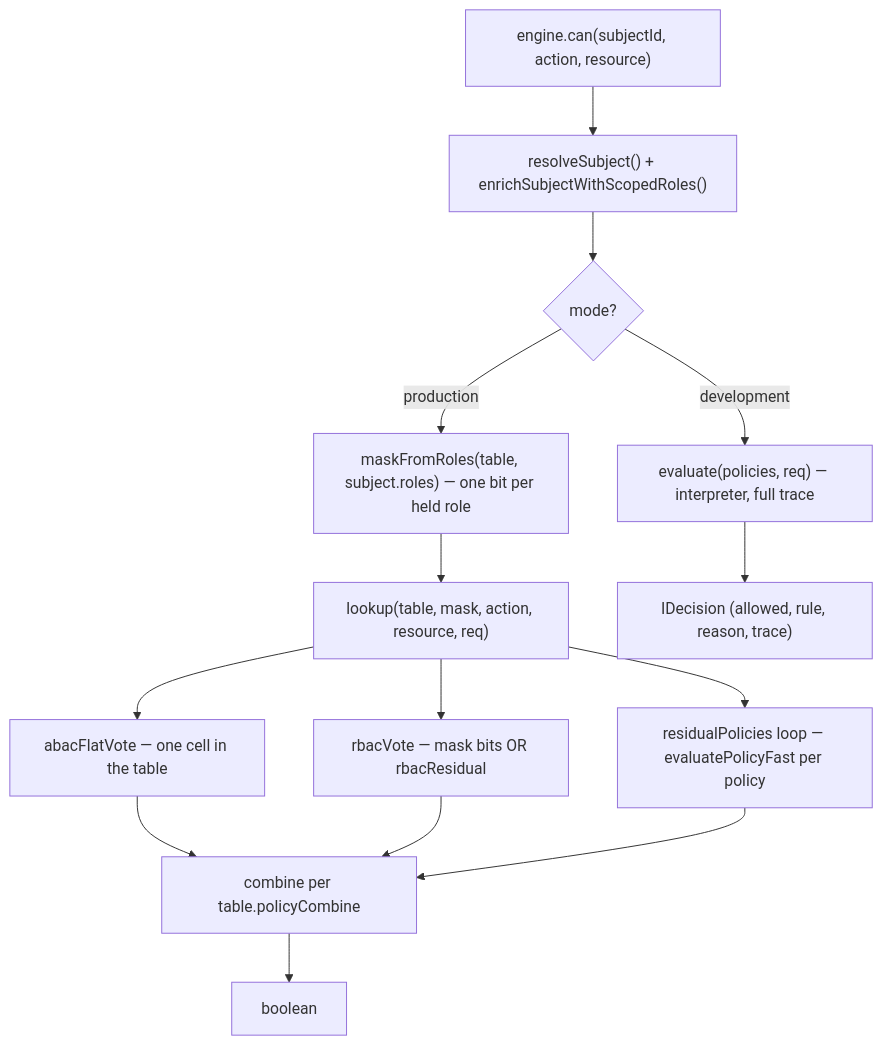
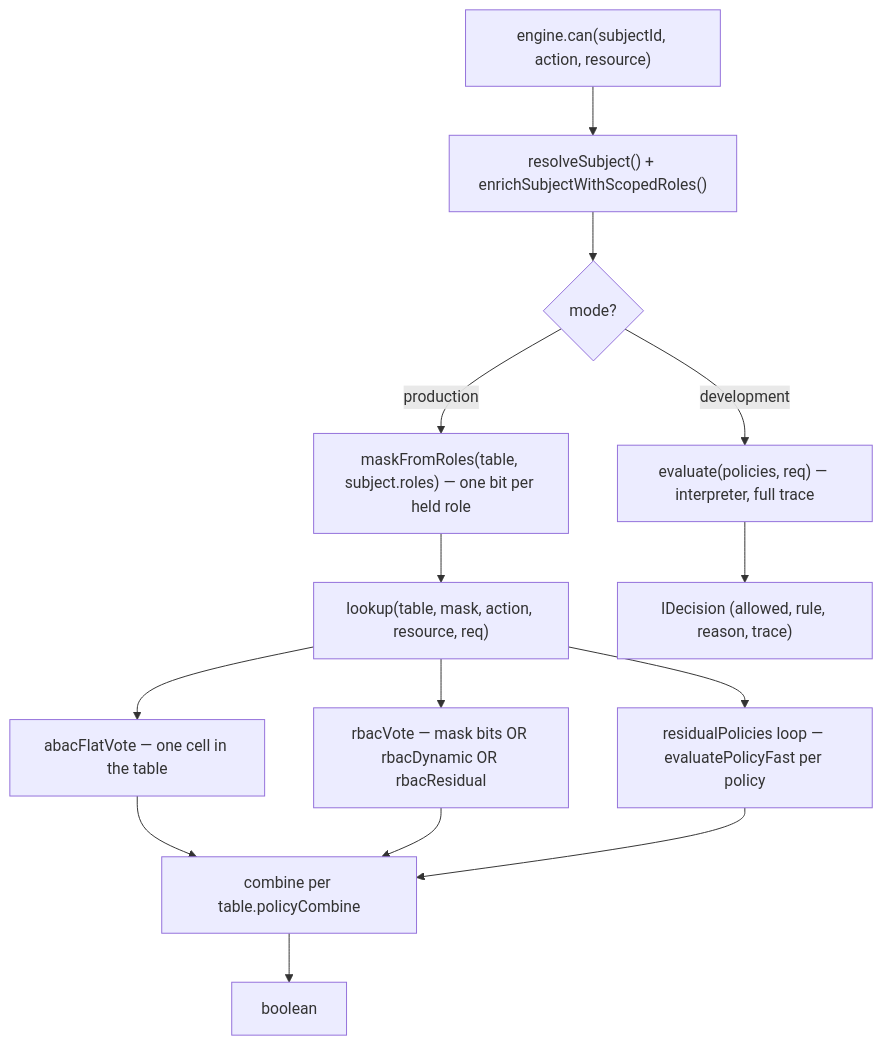
Before and after one commit to gentleeduck/duck-iam: the first of 6 diagrams in packages/duck-iam/docs/compiled-engine-explained.md, drawn with Mermaid. The commit also changed other lines of this file and 8 other files, not shown here.

First line of the commit message:
feat(iam): fast-path scoped/conditioned RBAC permissions (rbacDynamic)

````diff
--- a/packages/duck-iam/docs/compiled-engine-explained.md
+++ b/packages/duck-iam/docs/compiled-engine-explained.md
@@ -17,16 +17,16 @@
 ```mermaid
 flowchart TD
     A["engine.can(subjectId, action, resource)"] --> B["resolveSubject() + enrichSubjectWithScopedRoles()"]
     B --> C{"mode?"}
     C -->|development| D["evaluate(policies, req) — interpreter, full trace"]
     C -->|production| E["maskFromRoles(table, subject.roles) — one bit per held role"]
     E --> F["lookup(table, mask, action, resource, req)"]
     F --> G["abacFlatVote — one cell in the table"]
-    F --> H["rbacVote — mask bits OR rbacResidual"]
+    F --> H["rbacVote — mask bits OR rbacDynamic OR rbacResidual"]
     F --> I["residualPolicies loop — evaluatePolicyFast per policy"]
     G --> J["combine per table.policyCombine"]
     H --> J
     I --> J
     J --> K["boolean"]
     D --> L["IDecision (allowed, rule, reason, trace)"]
 ```
````
